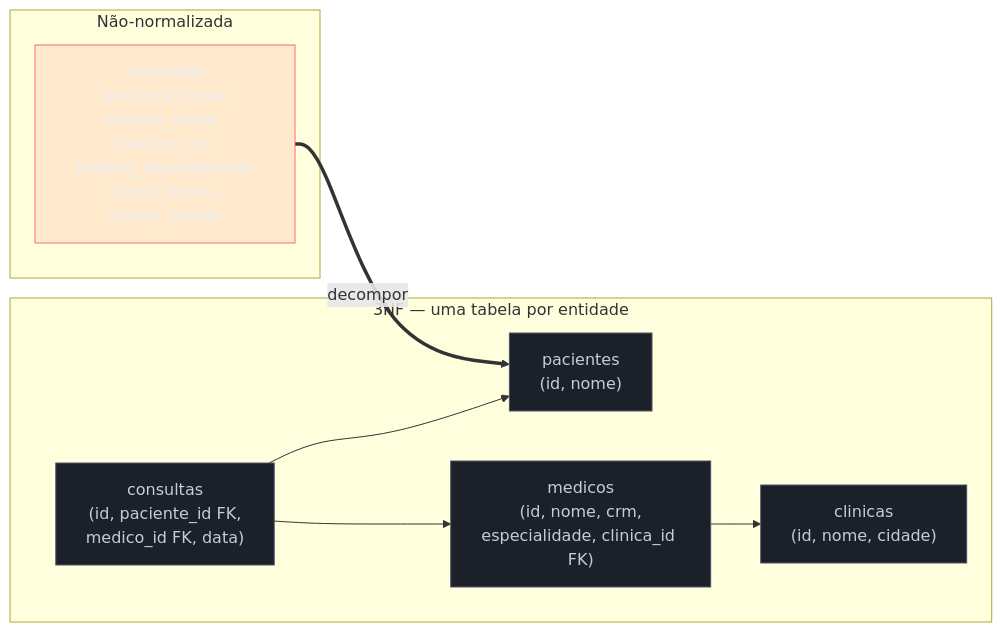
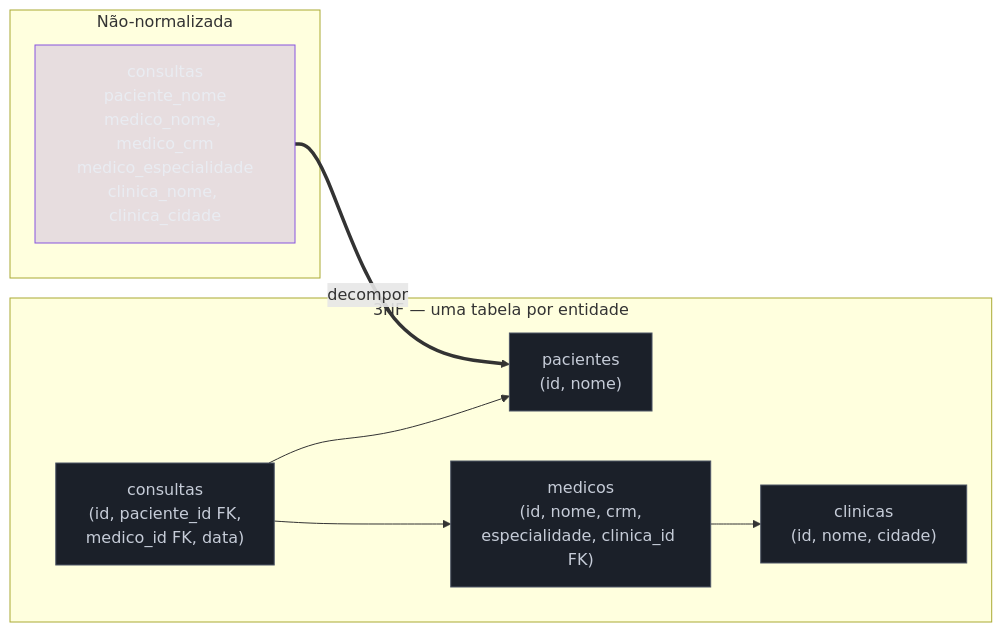
One commit to josenaldo/codex-technomanticus changed the second of 6 diagrams in 03-Dominios/Ciência/Banco de Dados/04 - Modelagem e normalização.md. Above: the diagram before and after it, drawn with Mermaid. The commit also changed other lines of this file and 601 other files, not shown here.

````diff
--- a/03-Dominios/Ciência/Banco de Dados/04 - Modelagem e normalização.md
+++ b/03-Dominios/Ciência/Banco de Dados/04 - Modelagem e normalização.md
@@ -146,24 +146,24 @@
 ```mermaid
 flowchart LR
-    classDef falha fill:#FF6B6B24,stroke:#FF6B6B,color:#E9ECF2
+    classDef marca fill:#8855DF33,stroke:#8855DF,color:#E9ECF2
     classDef neutro fill:#1B2029,stroke:#4E5666,color:#C6CCD8
     subgraph A["Não-normalizada"]
         T0["consultas<br/>paciente_nome<br/>medico_nome, medico_crm<br/>medico_especialidade<br/>clinica_nome, clinica_cidade"]
     end
     subgraph B["3NF — uma tabela por entidade"]
         P["pacientes<br/>(id, nome)"]
         M["medicos<br/>(id, nome, crm,<br/>especialidade, clinica_id FK)"]
         C["clinicas<br/>(id, nome, cidade)"]
         CO["consultas<br/>(id, paciente_id FK,<br/>medico_id FK, data)"]
     end
     T0 ==>|decompor| P
     CO --> P
     CO --> M
     M --> C
 
-    class T0 falha
+    class T0 marca
     class P neutro
     class M neutro
     class C neutro
     class CO neutro
 ```
````
